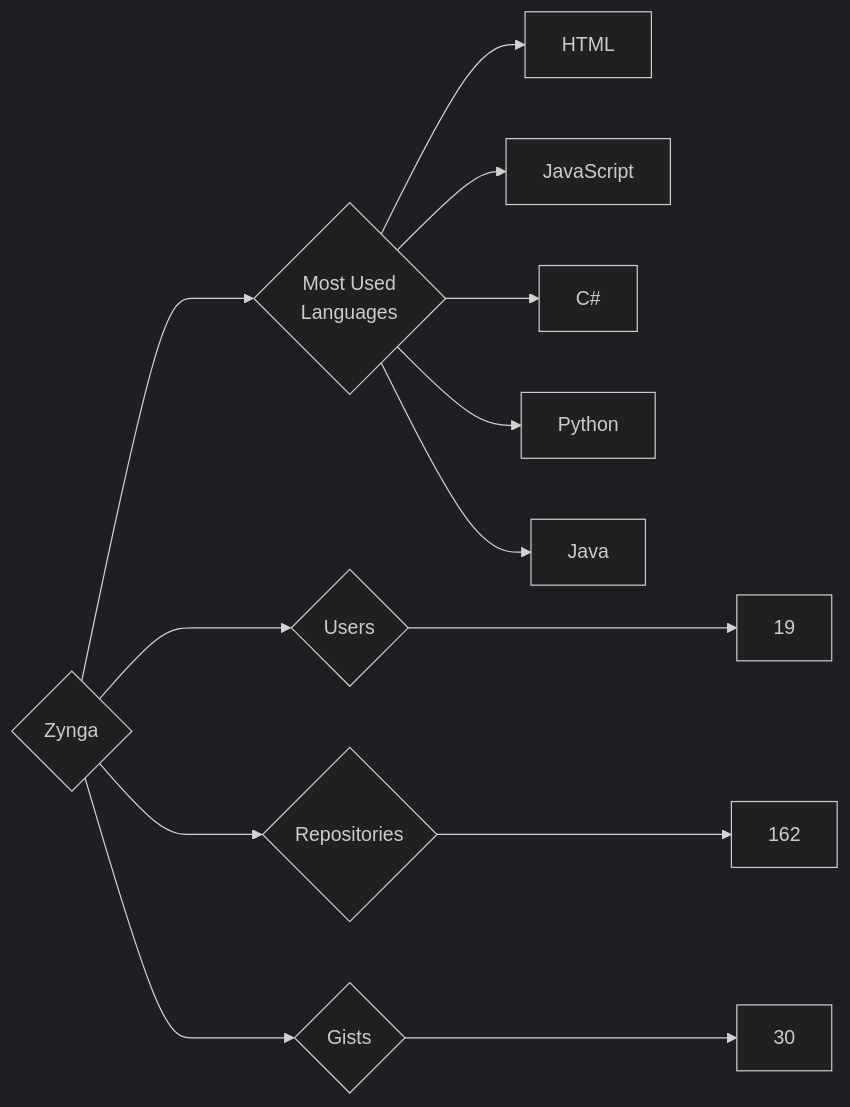
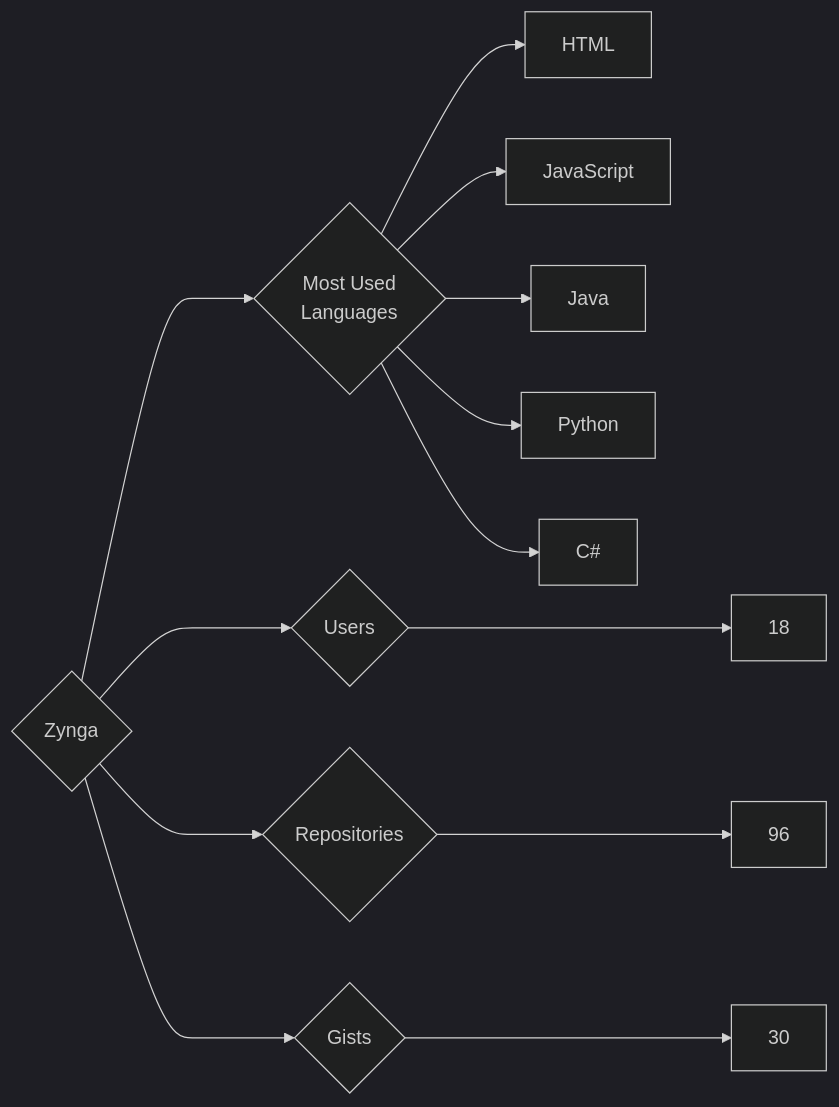
The diagram in targets/Zynga/README.md (trickest/insiders), drawn with Mermaid (dark theme) before and after one commit. The commit also changed 969 other files, not shown here.

````diff
--- a/targets/Zynga/README.md
+++ b/targets/Zynga/README.md
@@ -3,13 +3,13 @@
 ```mermaid
 graph LR
 COMPANY_NAME{Zynga}
-COMPANY_NAME ---> U{Users} ---> UN[19]
-COMPANY_NAME ---> R{Repositories} ---> RN[162]
+COMPANY_NAME ---> U{Users} ---> UN[18]
+COMPANY_NAME ---> R{Repositories} ---> RN[96]
 COMPANY_NAME ---> G{Gists} ---> GN[30]
 COMPANY_NAME ---> ML{Most Used<br>Languages}
 ML --> HTML[HTML]
 ML --> JavaScript[JavaScript]
+ML --> Java[Java]
+ML --> Python[Python]
 ML --> C#[C#]
-ML --> Python[Python]
-ML --> Java[Java]
 ```
````
